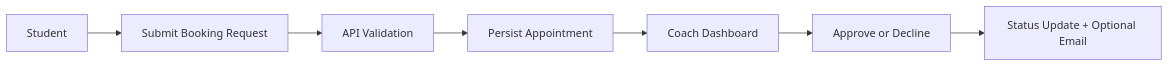
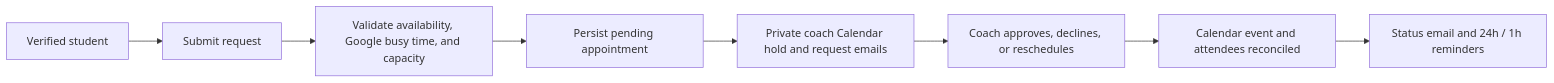
Before and after one commit to sayuru-akash/bookmepro-latest: the first of 2 diagrams in README.md, drawn with Mermaid. The commit also changed other lines of this file and 79 other files, not shown here.

Commit message:
feat: complete calendar booking integration

````diff
--- a/README.md
+++ b/README.md
@@ -99,9 +108,10 @@
 ```mermaid
 flowchart LR
-	A[Student] --> B[Submit Booking Request]
-	B --> C[API Validation]
-	C --> D[Persist Appointment]
-	D --> E[Coach Dashboard]
-	E --> F[Approve or Decline]
-	F --> G[Status Update + Optional Email]
+	A[Verified student] --> B[Submit request]
+	B --> C[Validate availability, Google busy time, and capacity]
+	C --> D[Persist pending appointment]
+	D --> E[Private coach Calendar hold and request emails]
+	E --> F[Coach approves, declines, or reschedules]
+	F --> G[Calendar event and attendees reconciled]
+	G --> H[Status email and 24h / 1h reminders]
 ```
````
